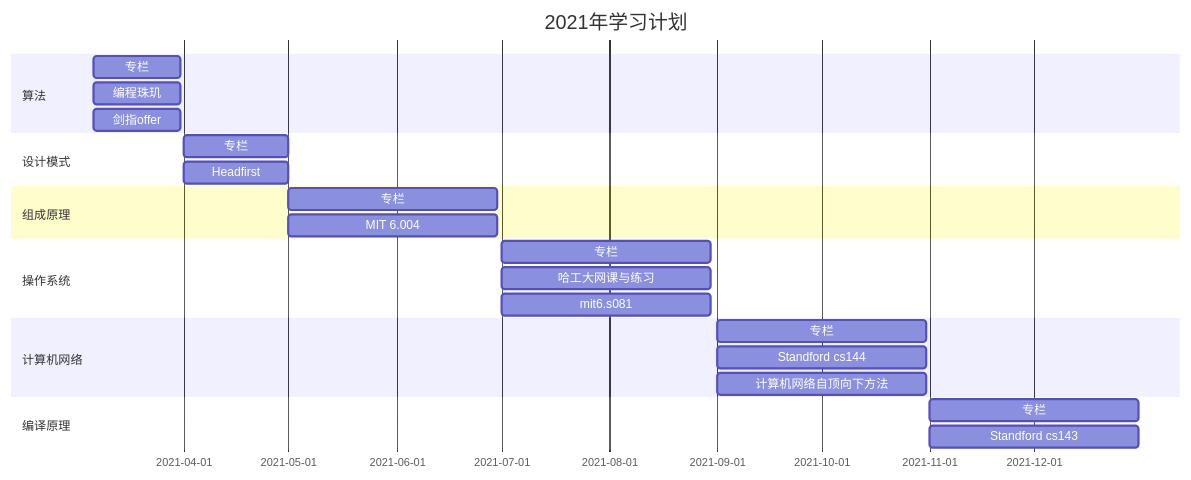
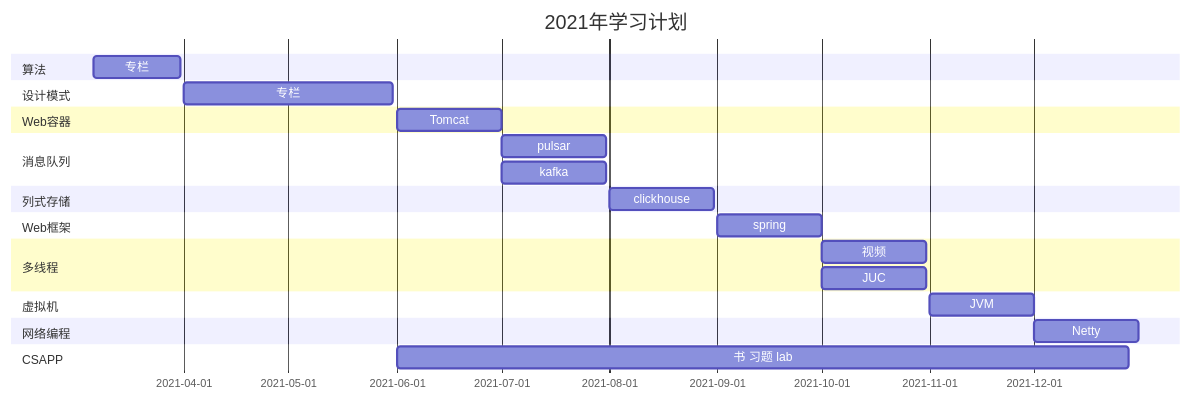
The diagram in 2021年学习计划.md (DaxiaoYang/notes), drawn with Mermaid before and after one commit. The commit also changed other lines of this file and 7 other files, not shown here.

````diff
--- a/2021年学习计划.md
+++ b/2021年学习计划.md
@@ -1,26 +1,27 @@
 ```mermaid
 gantt
 title 2021年学习计划
 dateFormat YYYY-MM-DD
 section 算法
 专栏: 2021-03-06, 25d
-编程珠玑: 2021-03-06, 25d
-剑指offer: 2021-03-06, 25d
 section 设计模式
-专栏: 2021-04-01, 30d
-Headfirst: 2021-04-01, 30d
-section 组成原理
-专栏: 2021-05-01, 60d
-MIT 6.004: 2021-05-01, 60d
-section 操作系统
-专栏:2021-07-01, 60d
-哈工大网课与练习: 2021-07-01, 60d
-mit6.s081: 2021-07-01, 60d
-section 计算机网络
-专栏: 2021-09-01, 60d
-Standford cs144: 2021-09-01, 60d
-计算机网络自顶向下方法: 2021-09-01, 60d
-section 编译原理
-专栏: 2021-11-01, 60d
-Standford cs143: 2021-11-01, 60d
+专栏: 2021-04-01, 60d
+section Web容器
+Tomcat: 2021-06-01, 30d
+section 消息队列
+pulsar: 2021-07-01, 30d
+kafka: 2021-07-01, 30d
+section 列式存储
+clickhouse: 2021-08-01, 30d
+section Web框架
+spring: 2021-09-01, 30d
+section 多线程
+视频: 2021-10-01, 30d
+JUC: 2021-10-01, 30d
+section 虚拟机
+JVM: 2021-11-01, 30d
+section 网络编程
+Netty: 2021-12-01, 30d
+section CSAPP
+书 习题 lab: 2021-06-01, 210d
 ```
````
